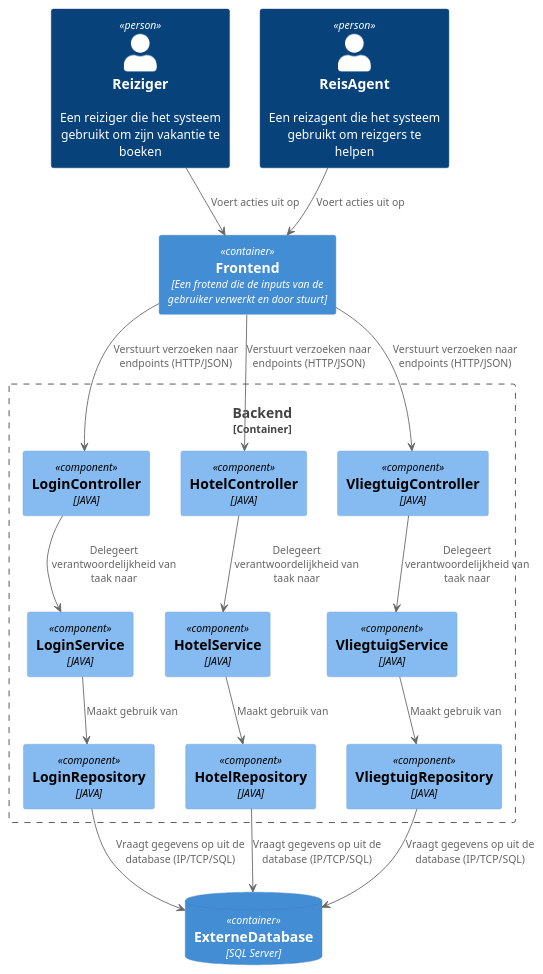
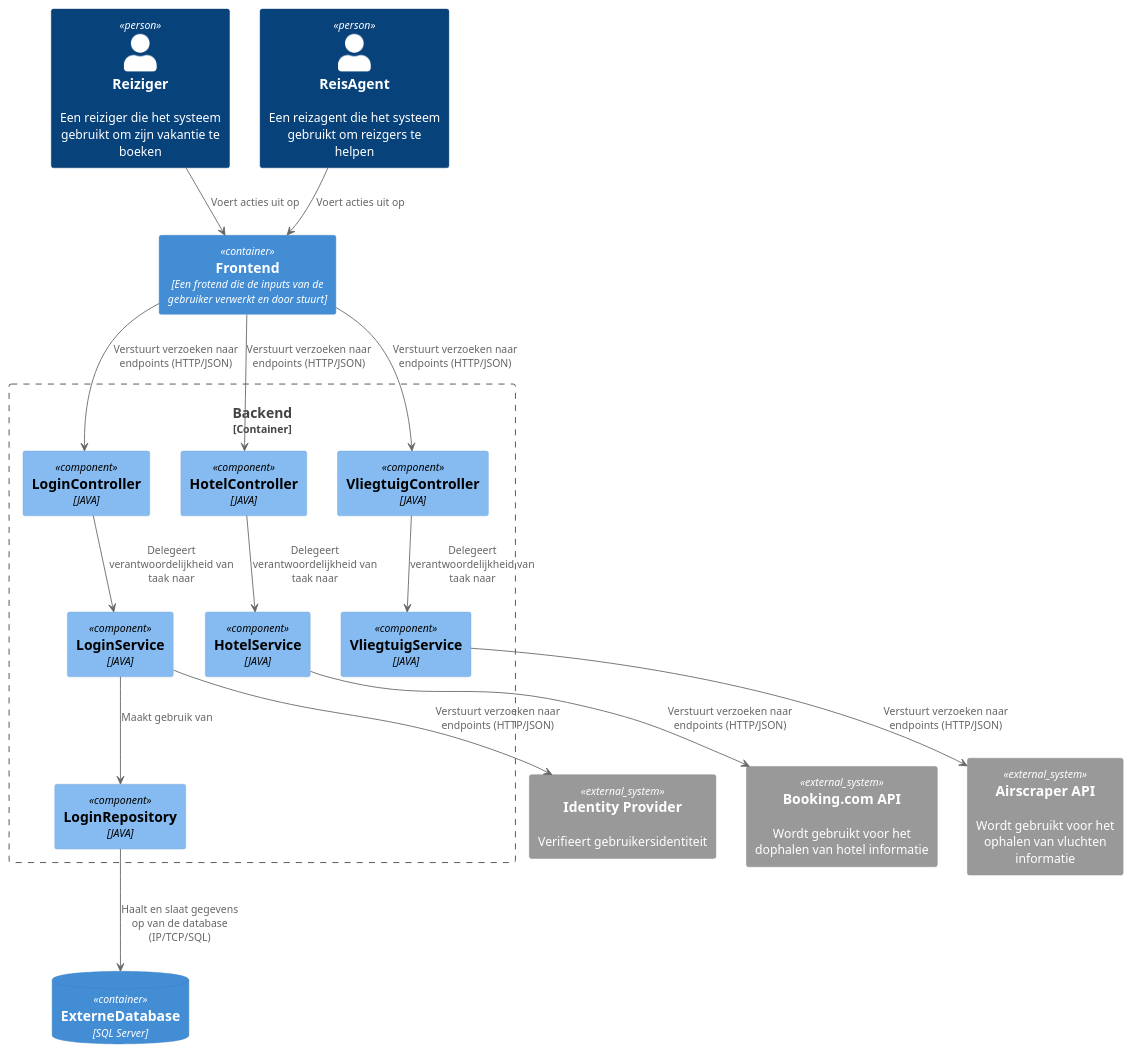
Before and after one commit to AIM-ENE-feb25/triptop-groep-b4: the diagram in C4_diagrammen/Component-diagram-TripTop-Backend.puml, drawn with PlantUML.

```diff
--- a/C4_diagrammen/Component-diagram-TripTop-Backend.puml
+++ b/C4_diagrammen/Component-diagram-TripTop-Backend.puml
@@ -1,49 +1,65 @@
 @startuml
 !include https://raw.githubusercontent.com/plantuml-stdlib/C4-PlantUML/master/C4_Component.puml
 !include https://raw.githubusercontent.com/plantuml-stdlib/C4-PlantUML/master/C4_Container.puml
 
 
 Person(Reiziger, "Reiziger", "Een reiziger die het systeem gebruikt om zijn vakantie te boeken")
 Person(ReisAgent, "ReisAgent", "Een reizagent die het systeem gebruikt om reizgers te helpen")
 
 Container(Frontend, "Frontend", "Een frotend die de inputs van de gebruiker verwerkt en door stuurt")
 
+System_Ext(IdentityProvider, "Identity Provider", "Verifieert gebruikersidentiteit")
+System_Ext(Booking.com, "Booking.com API", "Wordt gebruikt voor het dophalen van hotel informatie")
+System_Ext(Airscraper, "Airscraper API", "Wordt gebruikt voor het ophalen van vluchten informatie")
+
+
+
 Container_Boundary(ContainerBoundary, "Backend") {
 
 Component(LoginController, "LoginController", "JAVA")
 Component(LoginService, "LoginService", "JAVA")
 Component(LoginRepository, "LoginRepository", "JAVA")
 
 Component(HotelController, "HotelController", "JAVA")
 Component(HotelService, "HotelService", "JAVA")
-Component(HotelRepository, "HotelRepository", "JAVA")
+'Component(HotelRepository, "HotelRepository", "JAVA")
 
 Component(VliegtuigController, "VliegtuigController", "JAVA")
 Component(VliegtuigService, "VliegtuigService", "JAVA")
-Component(VliegtuigRepository, "VliegtuigRepository", "JAVA")
+'Component(VliegtuigRepository, "VliegtuigRepository", "JAVA")
 
 }
 
 ContainerDb(Externe_Database," ExterneDatabase","SQL Server")
 
 Reiziger --> Frontend: "Voert acties uit op"
 ReisAgent --> Frontend: "Voert acties uit op"
 
 
 Frontend --> LoginController: "Verstuurt verzoeken naar endpoints (HTTP/JSON)"
 Frontend --> HotelController: "Verstuurt verzoeken naar endpoints (HTTP/JSON)"
 Frontend --> VliegtuigController: "Verstuurt verzoeken naar endpoints (HTTP/JSON)"
 
 LoginController --> LoginService: "Delegeert verantwoordelijkheid van taak naar"
 LoginService --> LoginRepository: "Maakt gebruik van"
-LoginRepository --> Externe_Database: "Vraagt gegevens op uit de database (IP/TCP/SQL)"
+LoginRepository --> Externe_Database: "Haalt en slaat gegevens op van de database (IP/TCP/SQL)"
 
 HotelController --> HotelService: "Delegeert verantwoordelijkheid van taak naar"
+/'
 HotelService --> HotelRepository: "Maakt gebruik van"
 HotelRepository --> Externe_Database: "Vraagt gegevens op uit de database (IP/TCP/SQL)"
+HotelRepository --> Externe_Database: "Slaat gegevens op in de database (IP/TCP/SQL)"
+'/
 
 VliegtuigController --> VliegtuigService: "Delegeert verantwoordelijkheid van taak naar"
+/'
 VliegtuigService --> VliegtuigRepository: "Maakt gebruik van"
 VliegtuigRepository --> Externe_Database: "Vraagt gegevens op uit de database (IP/TCP/SQL)"
+VliegtuigRepository --> Externe_Database: "Slaat gegevens op in de database (IP/TCP/SQL)"
+'/
+
+LoginService --> IdentityProvider: "Verstuurt verzoeken naar endpoints (HTTP/JSON)"
+HotelService --> Booking.com: "Verstuurt verzoeken naar endpoints (HTTP/JSON)"
+VliegtuigService --> Airscraper: "Verstuurt verzoeken naar endpoints (HTTP/JSON)"
 
 @enduml
```
